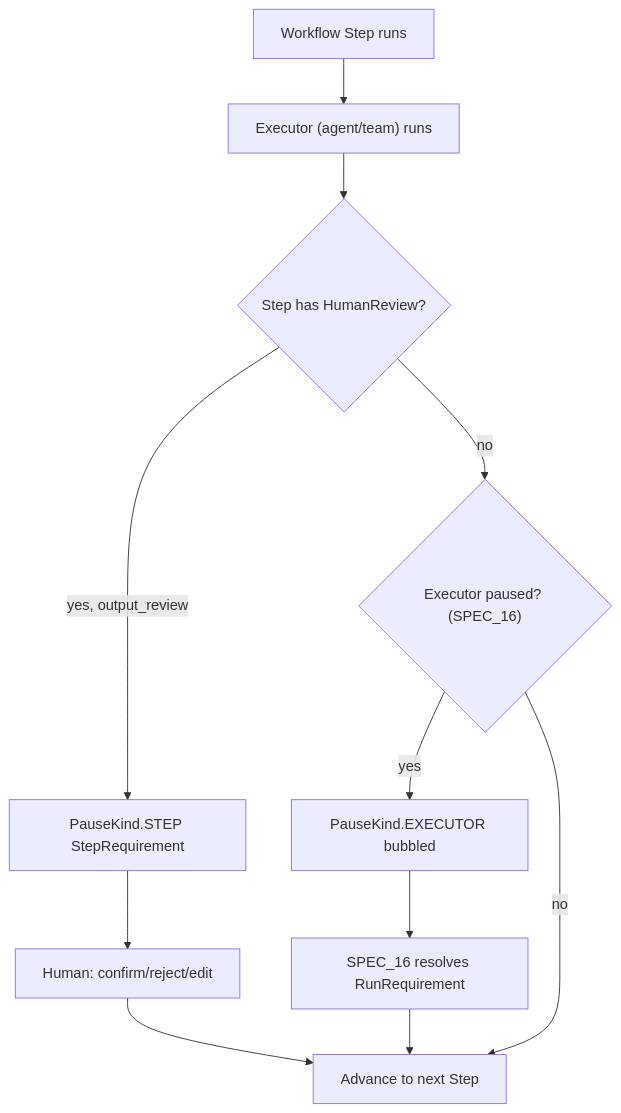
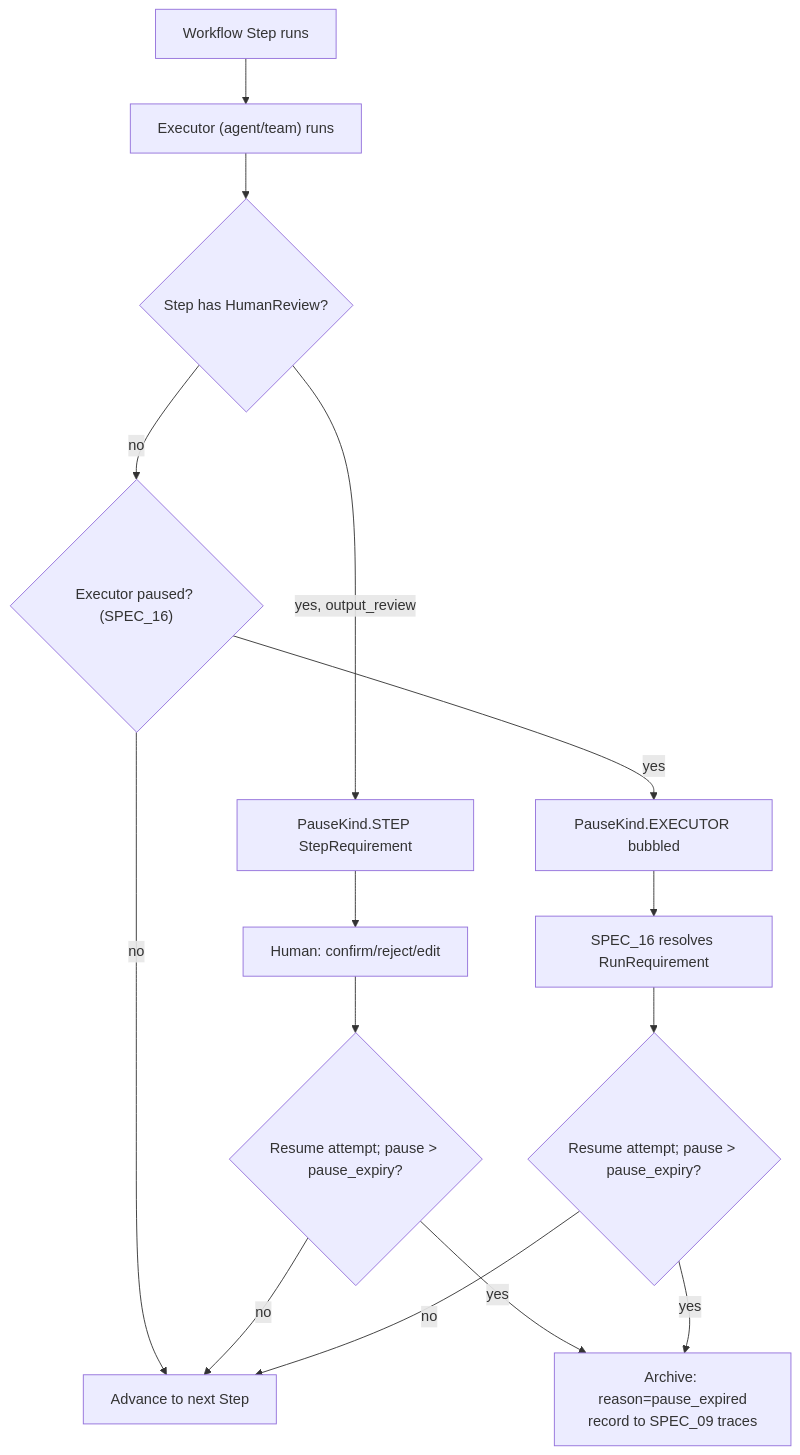
Before and after one commit to CENFARG/yaml-agno: the diagram in specs/SPEC_29_WORKFLOW_HITL.md, drawn with Mermaid. The commit also changed other lines of this file, not shown here.

First line of the commit message:
spec(29): resolve Q3 + Q8 - on_reject=else Router validator + pause_expiry archival

````diff
--- a/specs/SPEC_29_WORKFLOW_HITL.md
+++ b/specs/SPEC_29_WORKFLOW_HITL.md
@@ -282,13 +290,17 @@
 ```mermaid
 graph TD
     START["Workflow Step runs"] --> EXEC["Executor (agent/team) runs"]
     EXEC --> Q1{"Step has HumanReview?"}
     Q1 -->|yes, output_review| STEP_PAUSE["PauseKind.STEP StepRequirement"]
     Q1 -->|no| Q2{"Executor paused? (SPEC_16)"}
     Q2 -->|yes| EXEC_PAUSE["PauseKind.EXECUTOR bubbled"]
     Q2 -->|no| NEXT["Advance to next Step"]
     STEP_PAUSE --> RES1["Human: confirm/reject/edit"]
     EXEC_PAUSE --> RES2["SPEC_16 resolves RunRequirement"]
-    RES1 --> NEXT
-    RES2 --> NEXT
+    RES1 --> RESUME1{"Resume attempt; pause > pause_expiry?"}
+    RESUME1 -->|no| NEXT["Advance to next Step"]
+    RESUME1 -->|yes| ARCHIVE["Archive: reason=pause_expired\nrecord to SPEC_09 traces"]
+    RES2 --> RESUME2{"Resume attempt; pause > pause_expiry?"}
+    RESUME2 -->|no| NEXT
+    RESUME2 -->|yes| ARCHIVE
 ```
````
